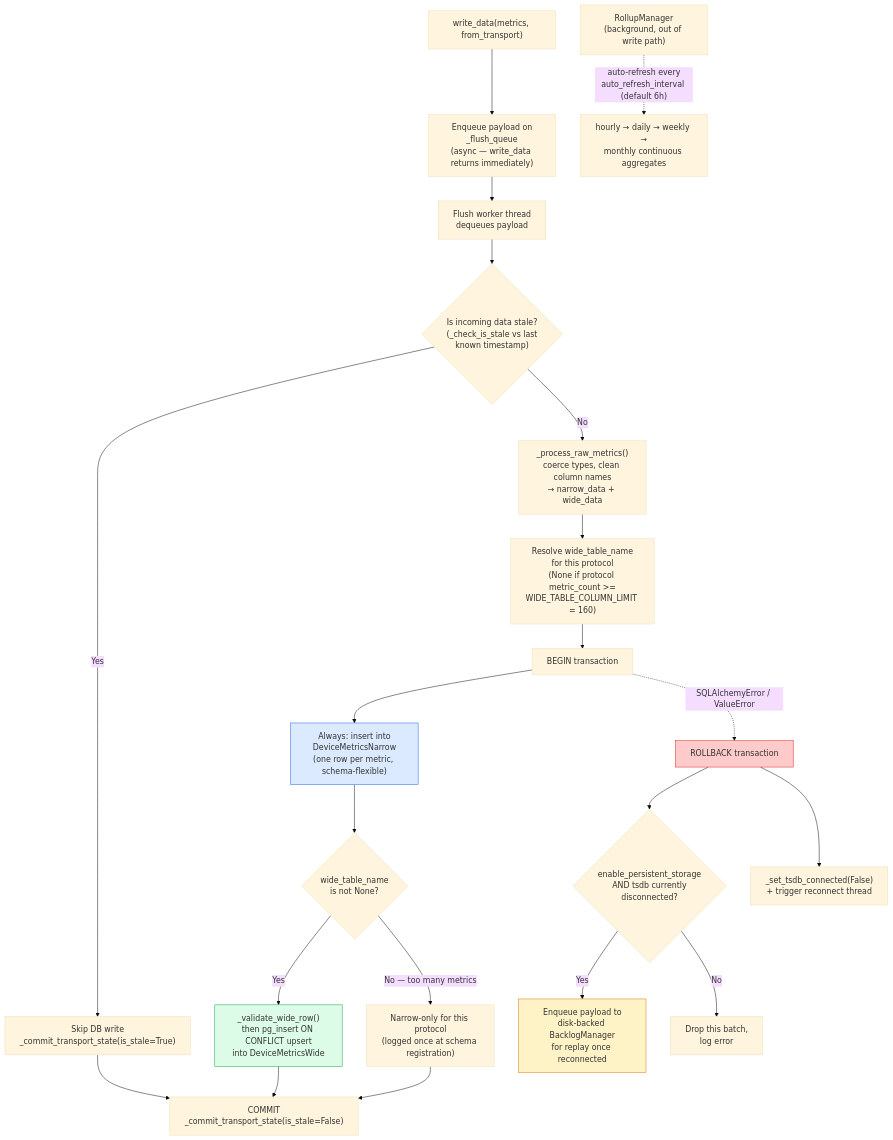
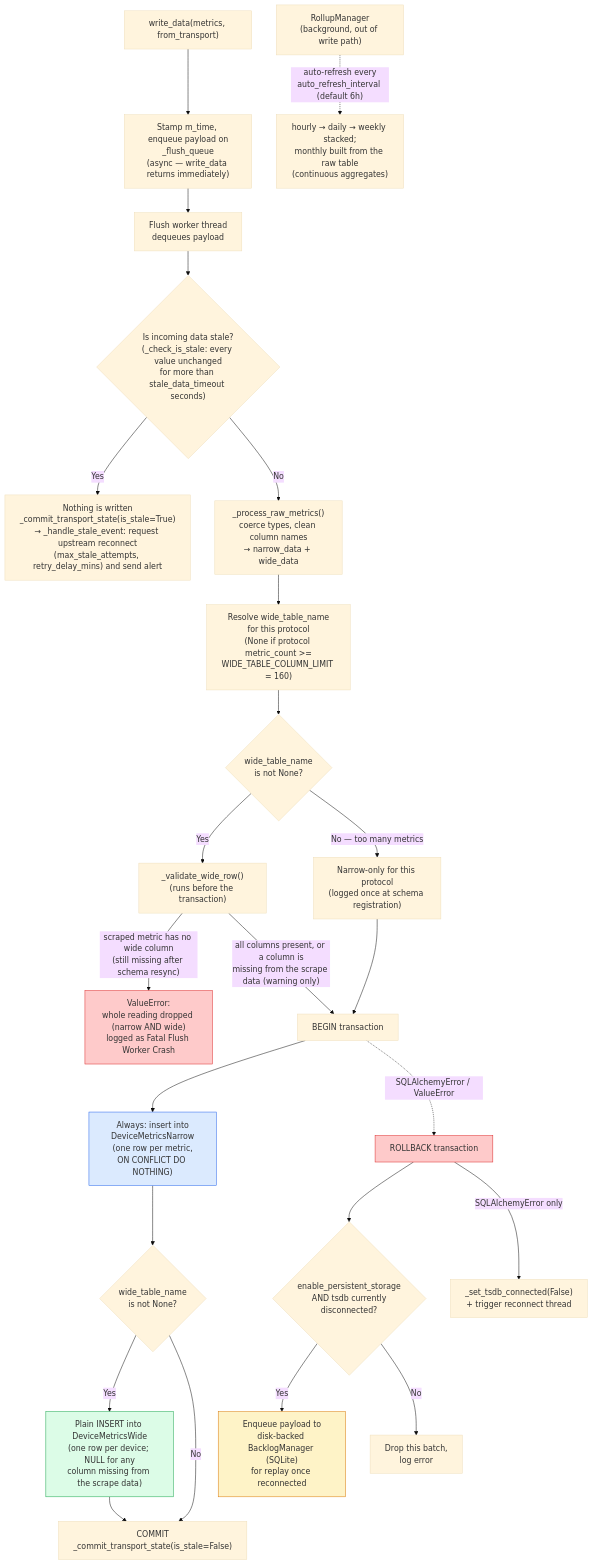
One commit to BuxtonCalvin/MultiProtocolGateway changed diagram 13 of 20 in documentation/architecture/mermaid-diagrams.md. Above: the diagram before and after it, drawn with Mermaid (base theme). The commit also changed other lines of this file and 7 other files, not shown here.

Commit message:
Help File fixes.  Stale data fix.

````diff
--- a/documentation/architecture/mermaid-diagrams.md
+++ b/documentation/architecture/mermaid-diagrams.md
@@ -737,32 +739,38 @@
 ```mermaid
 flowchart TD
-    A["write_data(metrics, from_transport)"] --> B["Enqueue payload on<br/>_flush_queue<br/>(async — write_data returns immediately)"]
+    A["write_data(metrics, from_transport)"] --> B["Stamp m_time, enqueue payload on<br/>_flush_queue<br/>(async — write_data returns immediately)"]
     B --> C["Flush worker thread<br/>dequeues payload"]
 
-    C --> D{"Is incoming data stale?<br/>(_check_is_stale vs last<br/>known timestamp)"}
-    D -- "Yes" --> D1["Skip DB write<br/>_commit_transport_state(is_stale=True)"]
+    C --> D{"Is incoming data stale?<br/>(_check_is_stale: every value unchanged<br/>for more than stale_data_timeout seconds)"}
+    D -- "Yes" --> D1["Nothing is written<br/>_commit_transport_state(is_stale=True)<br/>→ _handle_stale_event: request upstream reconnect<br/>(max_stale_attempts, retry_delay_mins) and send alert"]
     D -- "No" --> E["_process_raw_metrics()<br/>coerce types, clean column names<br/>→ narrow_data + wide_data"]
 
     E --> F["Resolve wide_table_name<br/>for this protocol<br/>(None if protocol metric_count >=<br/>WIDE_TABLE_COLUMN_LIMIT = 160)"]
+    F --> V{"wide_table_name<br/>is not None?"}
+    V -- "Yes" --> W["_validate_wide_row()<br/>(runs before the transaction)"]
+    V -- "No — too many metrics" --> K["Narrow-only for this protocol<br/>(logged once at schema registration)"]
 
-    F --> G["BEGIN transaction"]
-    G --> H["Always: insert into<br/>DeviceMetricsNarrow<br/>(one row per metric, schema-flexible)"]
+    W -- "scraped metric has no wide column<br/>(still missing after schema resync)" --> X["ValueError:<br/>whole reading dropped (narrow AND wide)<br/>logged as Fatal Flush Worker Crash"]
+    W -- "all columns present, or a column is<br/>missing from the scrape data (warning only)" --> G["BEGIN transaction"]
+    K --> G
+
+    G --> H["Always: insert into<br/>DeviceMetricsNarrow<br/>(one row per metric,<br/>ON CONFLICT DO NOTHING)"]
     H --> I{"wide_table_name<br/>is not None?"}
-    I -- "Yes" --> J["_validate_wide_row()<br/>then pg_insert ON CONFLICT upsert<br/>into DeviceMetricsWide"]
-    I -- "No — too many metrics" --> K["Narrow-only for this protocol<br/>(logged once at schema registration)"]
-
-    J & K & D1 --> L["COMMIT<br/>_commit_transport_state(is_stale=False)"]
+    I -- "Yes" --> J["Plain INSERT into DeviceMetricsWide<br/>(one row per device; NULL for any<br/>column missing from the scrape data)"]
+    I -- "No" --> L
+    J --> L["COMMIT<br/>_commit_transport_state(is_stale=False)"]
 
     G -.->|"SQLAlchemyError / ValueError"| M["ROLLBACK transaction"]
     M --> N{"enable_persistent_storage<br/>AND tsdb currently<br/>disconnected?"}
-    N -- "Yes" --> O["Enqueue payload to<br/>disk-backed BacklogManager<br/>for replay once reconnected"]
+    N -- "Yes" --> O["Enqueue payload to<br/>disk-backed BacklogManager (SQLite)<br/>for replay once reconnected"]
     N -- "No" --> P["Drop this batch,<br/>log error"]
-    M --> Q["_set_tsdb_connected(False)<br/>+ trigger reconnect thread"]
+    M -- "SQLAlchemyError only" --> Q["_set_tsdb_connected(False)<br/>+ trigger reconnect thread"]
 
-    R["RollupManager<br/>(background, out of write path)"] -.->|"auto-refresh every<br/>auto_refresh_interval (default 6h)"| S["hourly → daily → weekly →<br/>monthly continuous aggregates"]
+    R["RollupManager<br/>(background, out of write path)"] -.->|"auto-refresh every<br/>auto_refresh_interval (default 6h)"| S["hourly → daily → weekly stacked;<br/>monthly built from the raw table<br/>(continuous aggregates)"]
 
     style H fill:#dbeafe,stroke:#2563eb
     style J fill:#dcfce7,stroke:#16a34a
     style O fill:#fef3c7,stroke:#d97706
     style M fill:#fecaca,stroke:#dc2626
+    style X fill:#fecaca,stroke:#dc2626
 ```
````
